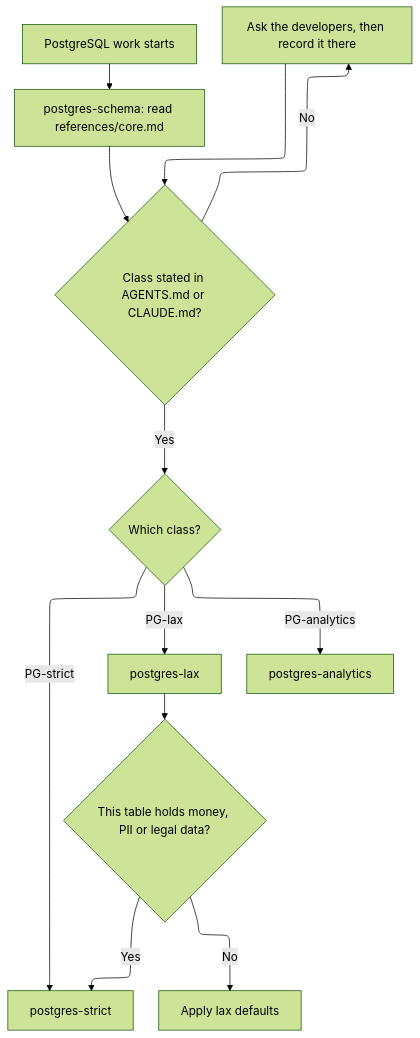
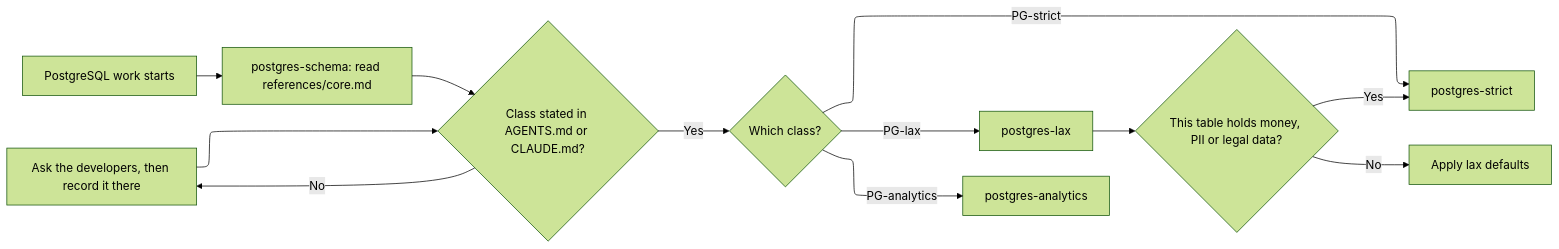
Before and after one commit to kigster/agentilda-ai-setup: the diagram in src/skills/postgres-schema/SKILL.md, drawn with Mermaid. The commit also changed 12 other files, not shown here.

````diff
--- a/src/skills/postgres-schema/SKILL.md
+++ b/src/skills/postgres-schema/SKILL.md
@@ -46,19 +46,19 @@
 ```mermaid
 ---
 config:
   layout: elk
   theme: forest
 ---
-flowchart TB
+flowchart LR
     A[PostgreSQL work starts] --> B[postgres-schema: read references/core.md]
     B --> C{Class stated in AGENTS.md or CLAUDE.md?}
     C -->|No| D[Ask the developers, then record it there]
     D --> C
     C -->|Yes| E{Which class?}
     E -->|PG-lax| F[postgres-lax]
     E -->|PG-strict| G[postgres-strict]
     E -->|PG-analytics| H[postgres-analytics]
     F --> I{This table holds money, PII or legal data?}
     I -->|Yes| G
     I -->|No| J[Apply lax defaults]
 ```
````
